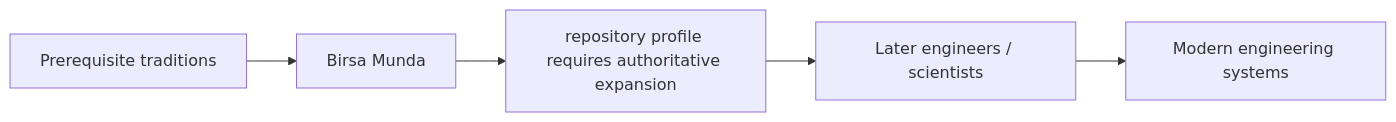
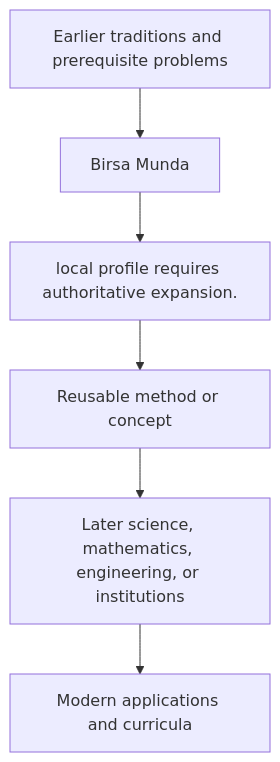
One commit to via-decide/ViaLogic changed the diagram in docs/history/birsa-munda/influence.md. Above: the diagram before and after it, drawn with Mermaid. The commit also changed other lines of this file and 858 other files, not shown here.

````diff
--- a/docs/history/birsa-munda/influence.md
+++ b/docs/history/birsa-munda/influence.md
@@ -29,7 +16,8 @@
 ```mermaid
-graph LR
-  prerequisites["Prerequisite traditions"] --> current["Birsa Munda"]
-  current --> contribution["repository profile requires authoritative expansion"]
-  contribution --> successors["Later engineers / scientists"]
-  successors --> modern["Modern engineering systems"]
+graph TD
+  Prior[Earlier traditions and prerequisite problems] --> Person[Birsa Munda]
+  Person --> Contribution[local profile requires authoritative expansion.]
+  Contribution --> Method[Reusable method or concept]
+  Method --> Later[Later science, mathematics, engineering, or institutions]
+  Later --> Modern[Modern applications and curricula]
 ```
````
